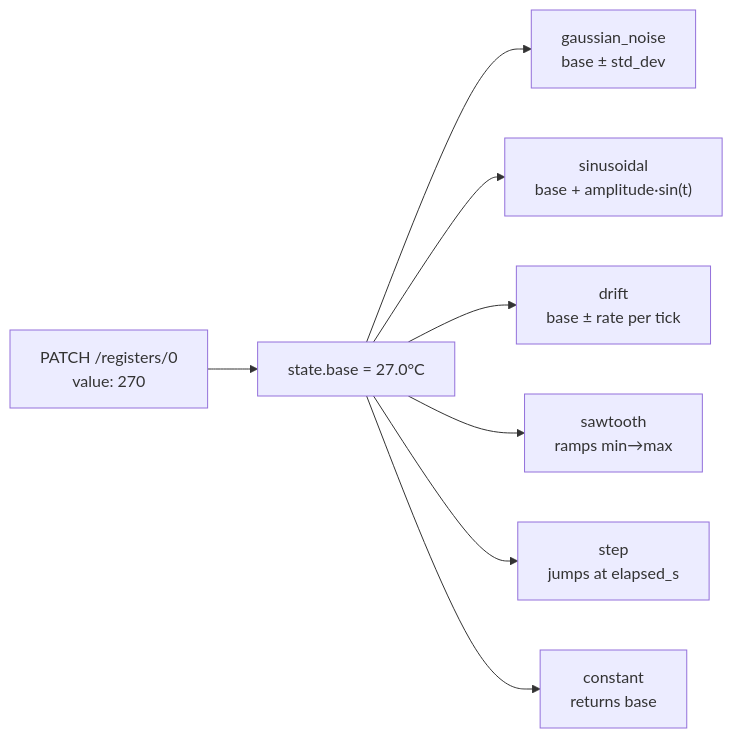
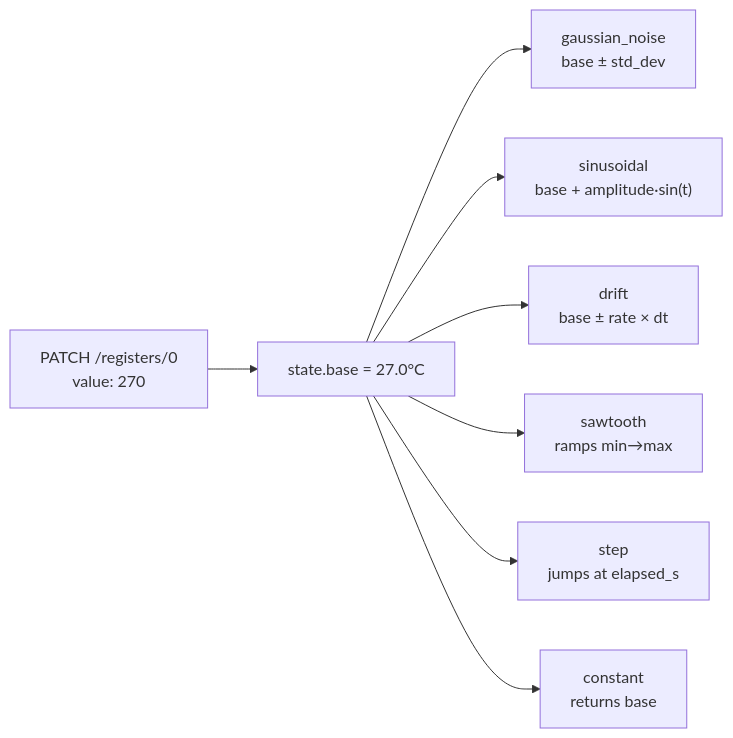
One commit to obsidia-systems/simbus changed the fourth of 6 diagrams in README.md. Above: the diagram before and after it, drawn with Mermaid. The commit also changed other lines of this file and 17 other files, not shown here.

````diff
--- a/README.md
+++ b/README.md
@@ -227,11 +248,11 @@
 ```mermaid
 flowchart LR
     PATCH["PATCH /registers/0\nvalue: 270"] --> BASE["state.base = 27.0°C"]
 
     BASE --> GN["gaussian_noise\nbase ± std_dev"]
     BASE --> SIN["sinusoidal\nbase + amplitude·sin(t)"]
-    BASE --> DR["drift\nbase ± rate per tick"]
+    BASE --> DR["drift\nbase ± rate × dt"]
     BASE --> SAW["sawtooth\nramps min→max"]
     BASE --> STEP["step\njumps at elapsed_s"]
     BASE --> CONST["constant\nreturns base"]
 ```
````
